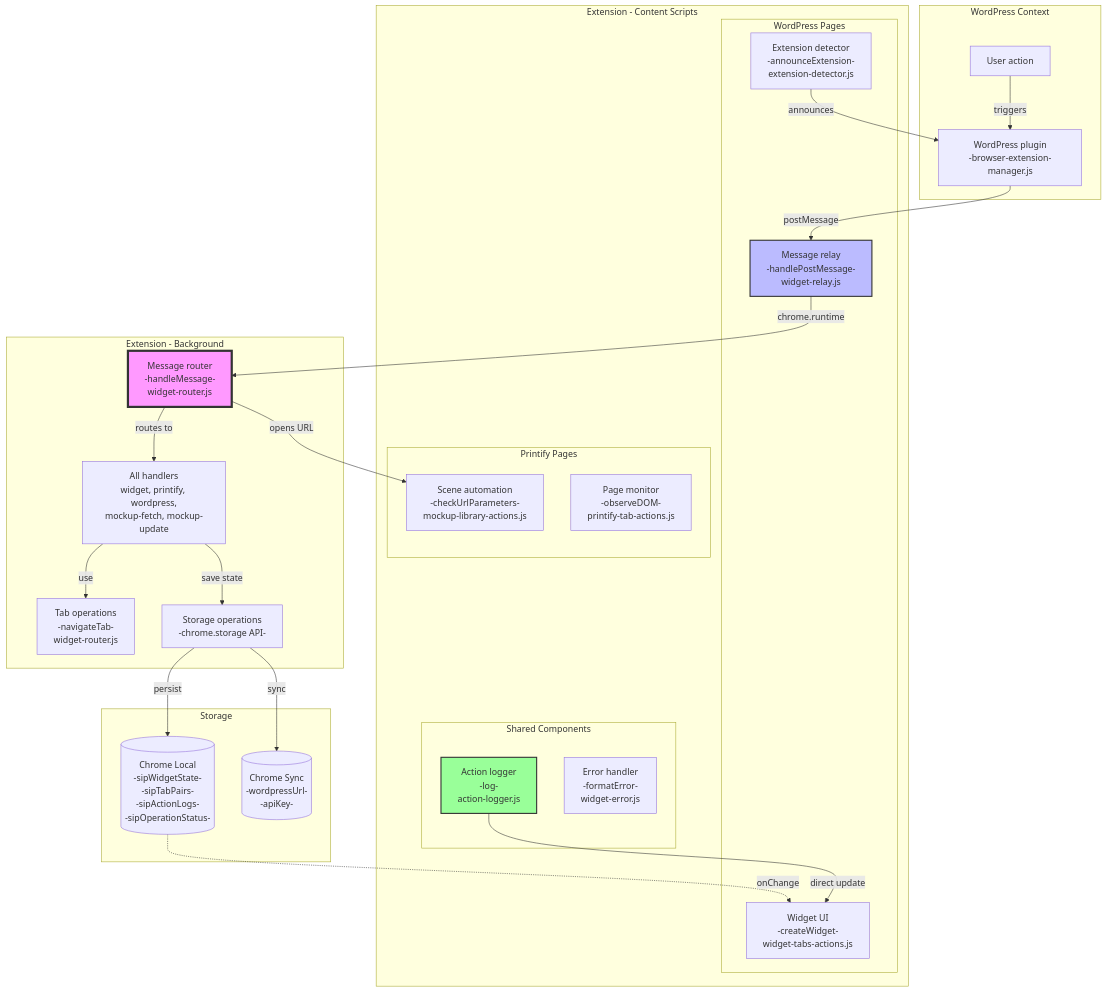
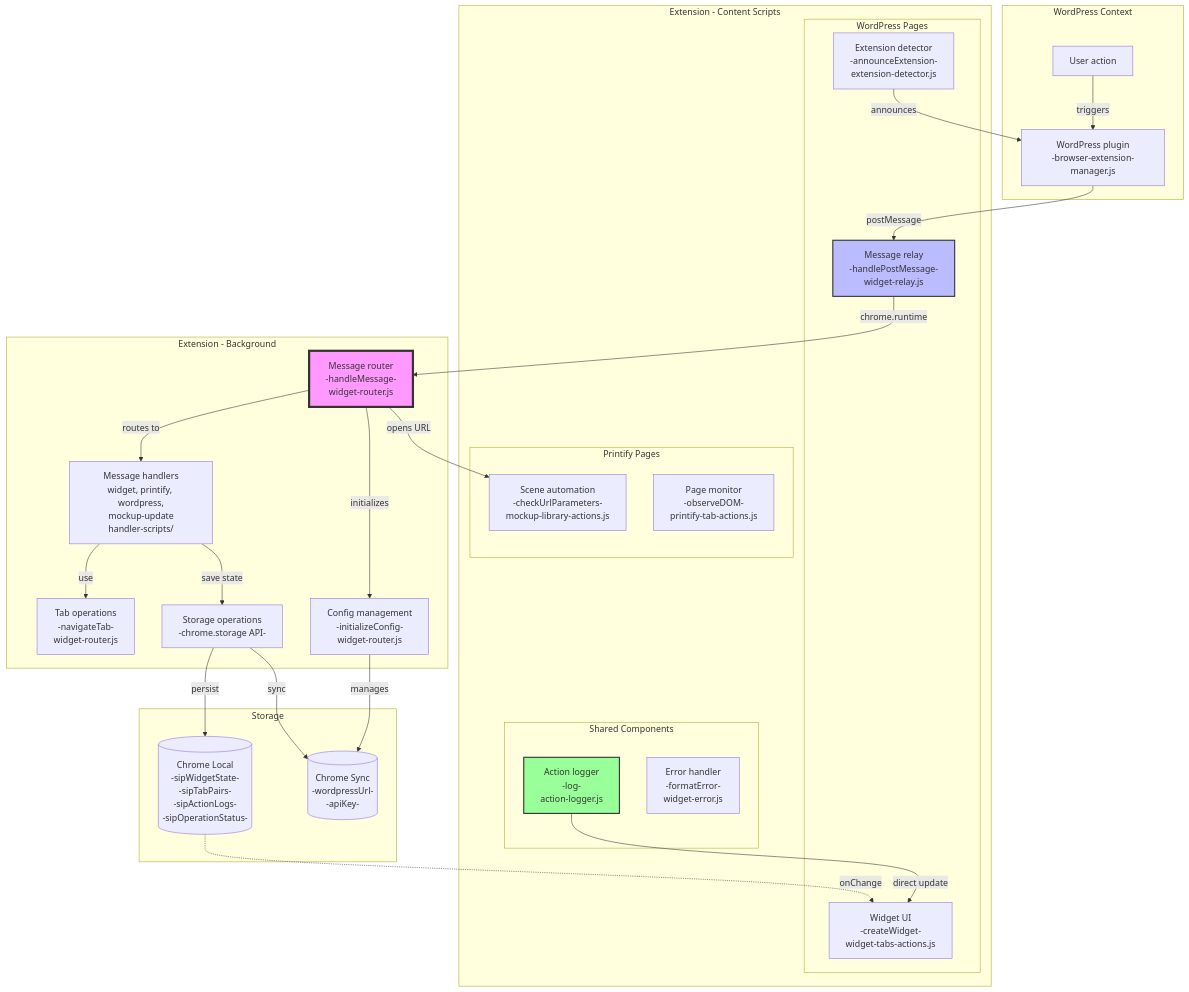
Before and after one commit to tdemelle-SiP/.claude: the second of 38 diagrams in guidelines/sip-printify-manager-extension-widget-three-layer.md, drawn with Mermaid. The commit also changed other lines of this file and 2 other files, not shown here.

````diff
--- a/guidelines/sip-printify-manager-extension-widget-three-layer.md
+++ b/guidelines/sip-printify-manager-extension-widget-three-layer.md
@@ -95,54 +96,57 @@
 ```mermaid
 graph TB
     subgraph "WordPress Context"
         UserAction[User action]
         WordPress[WordPress plugin<br/>-browser-extension-manager.js]
     end
     
     subgraph "Extension - Content Scripts"
         subgraph "WordPress Pages"
             Relay[Message relay<br/>-handlePostMessage-<br/>widget-relay.js]
             Detector[Extension detector<br/>-announceExtension-<br/>extension-detector.js]
             Widget[Widget UI<br/>-createWidget-<br/>widget-tabs-actions.js]
         end
         
         subgraph "Printify Pages"
             MockupAutomation[Scene automation<br/>-checkUrlParameters-<br/>mockup-library-actions.js]
             PageMonitor[Page monitor<br/>-observeDOM-<br/>printify-tab-actions.js]
         end
         
         subgraph "Shared Components"
             ActionLogger[Action logger<br/>-log-<br/>action-logger.js]
             ErrorHandler[Error handler<br/>-formatError-<br/>widget-error.js]
         end
     end
     
     subgraph "Extension - Background"
         Router[Message router<br/>-handleMessage-<br/>widget-router.js]
-        MessageHandlers[All handlers<br/>widget, printify, wordpress,<br/>mockup-fetch, mockup-update]
+        ConfigMgmt[Config management<br/>-initializeConfig-<br/>widget-router.js]
+        MessageHandlers[Message handlers<br/>widget, printify, wordpress,<br/>mockup-update<br/>handler-scripts/]
         TabOps[Tab operations<br/>-navigateTab-<br/>widget-router.js]
         StorageOps[Storage operations<br/>-chrome.storage API-]
     end
     
     subgraph "Storage"
         ConfigStore[(Chrome Sync<br/>-wordpressUrl-<br/>-apiKey-)]
         StateStore[(Chrome Local<br/>-sipWidgetState-<br/>-sipTabPairs-<br/>-sipActionLogs-<br/>-sipOperationStatus-)]
     end
     
     UserAction -->|triggers| WordPress
     WordPress -->|postMessage| Relay
     Relay -->|chrome.runtime| Router
     Router -->|routes to| MessageHandlers
+    Router -->|initializes| ConfigMgmt
+    ConfigMgmt -->|manages| ConfigStore
     MessageHandlers -->|use| TabOps
     MessageHandlers -->|save state| StorageOps
     StorageOps -->|persist| StateStore
     StorageOps -->|sync| ConfigStore
     ActionLogger -->|direct update| Widget
     StateStore -.->|onChange| Widget
     Router -->|opens URL| MockupAutomation
     Detector -->|announces| WordPress
     
     style Router fill:#f9f,stroke:#333,stroke-width:4px
     style Relay fill:#bbf,stroke:#333,stroke-width:2px
     style ActionLogger fill:#9f9,stroke:#333,stroke-width:2px
 ```
````
